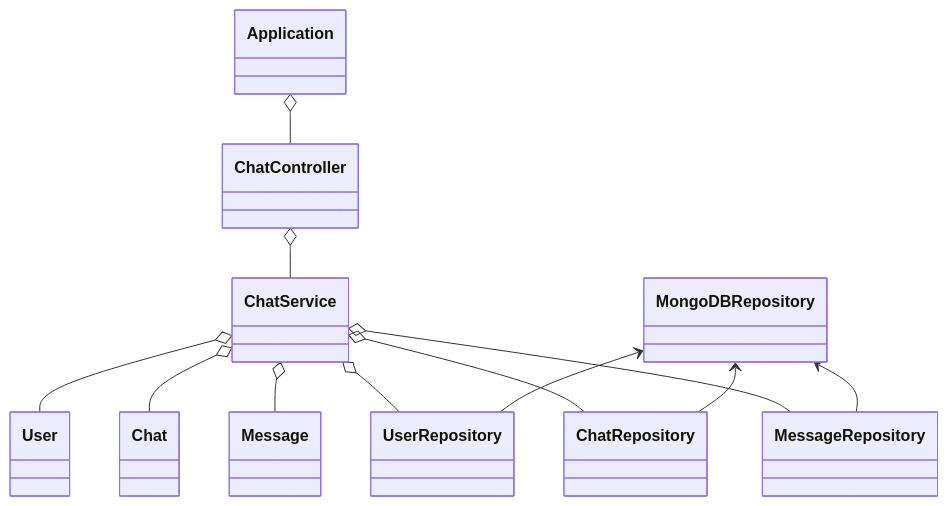
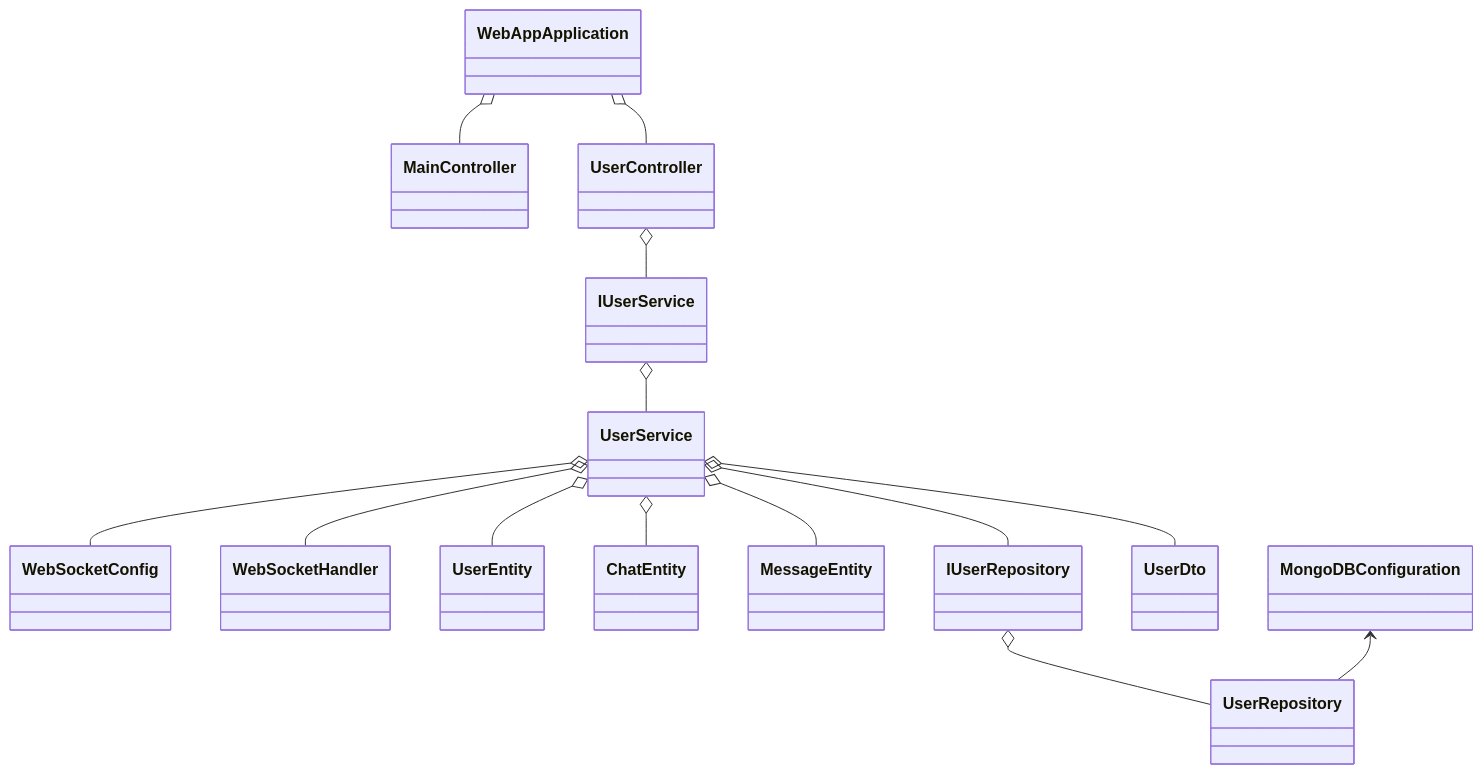
Before and after one commit to sebastiankrallinger/4POS_Semesterprojekt: the third of 3 diagrams in README.md, drawn with Mermaid. The commit also changed other lines of this file and 11 other files, not shown here.

````diff
--- a/README.md
+++ b/README.md
@@ -295,14 +284,16 @@
 ```mermaid
 classDiagram
-    Application o-- ChatController
-    ChatController o-- ChatService
-    ChatService o-- User
-    ChatService o-- Chat
-    ChatService o-- Message
-    ChatService o-- UserRepository
-    ChatService o-- ChatRepository
-    ChatService o-- MessageRepository
-    MongoDBRepository <-- ChatRepository
-    MongoDBRepository <-- MessageRepository
-    MongoDBRepository <-- UserRepository
+    WebAppApplication o-- MainController
+    WebAppApplication o-- UserController
+    UserController o-- IUserService
+    UserService o-- WebSocketConfig
+    UserService o-- WebSocketHandler
+    IUserService o-- UserService
+    UserService o-- UserEntity
+    UserService o-- ChatEntity
+    UserService o-- MessageEntity
+    UserService o-- IUserRepository
+    UserService o-- UserDto
+    IUserRepository o-- UserRepository
+    MongoDBConfiguration <-- UserRepository
 ```
````
